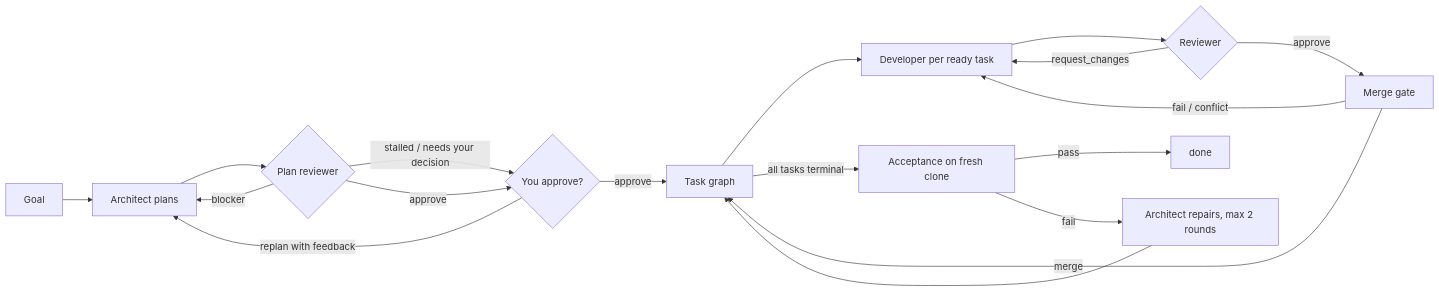
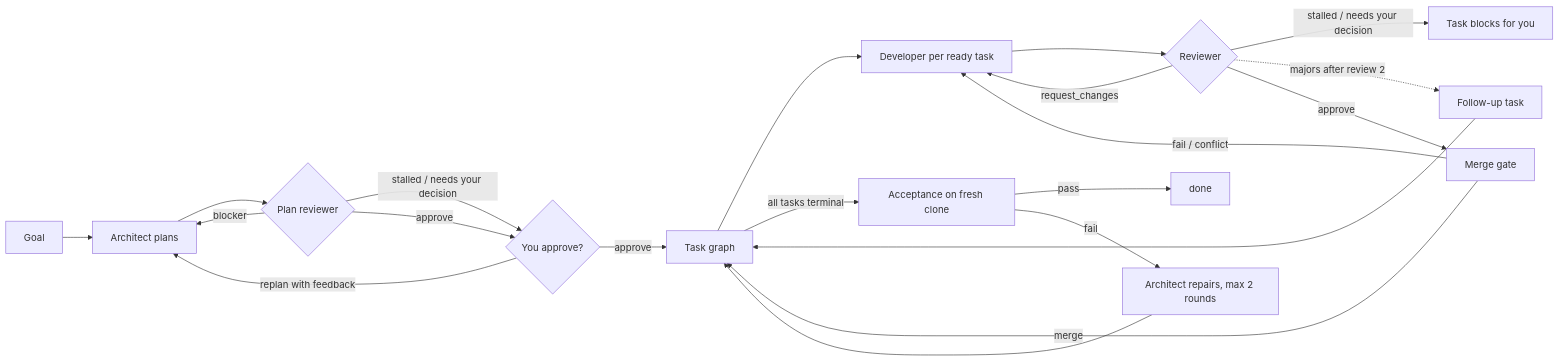
The first of 2 diagrams in README.md (shedrachokonofua/colony), drawn with Mermaid before and after one commit. The commit also changed other lines of this file and 19 other files, not shown here.

````diff
--- a/README.md
+++ b/README.md
@@ -105,20 +105,22 @@
 ```mermaid
 flowchart LR
   G[Goal] --> A[Architect plans]
   A --> PR{Plan reviewer}
   PR -->|blocker| A
   PR -->|stalled / needs your decision| H
   PR -->|approve| H{You approve?}
   H -->|replan with feedback| A
   H -->|approve| T[Task graph]
   T --> D[Developer per ready task]
   D --> R{Reviewer}
   R -->|request_changes| D
+  R -->|stalled / needs your decision| H2[Task blocks for you]
+  R -.->|majors after review 2| F[Follow-up task] --> T
   R -->|approve| MG[Merge gate]
   MG -->|fail / conflict| D
   MG -->|merge| T
   T -->|all tasks terminal| V[Acceptance on fresh clone]
   V -->|pass| DONE[done]
   V -->|fail| A2[Architect repairs, max 2 rounds]
   A2 --> T
 ```
````
